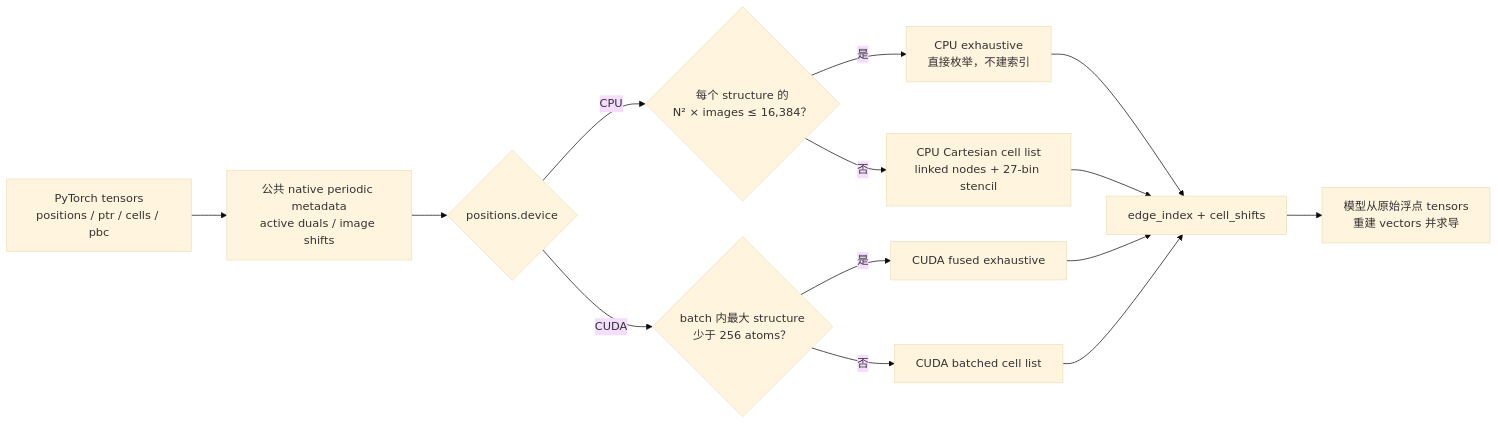
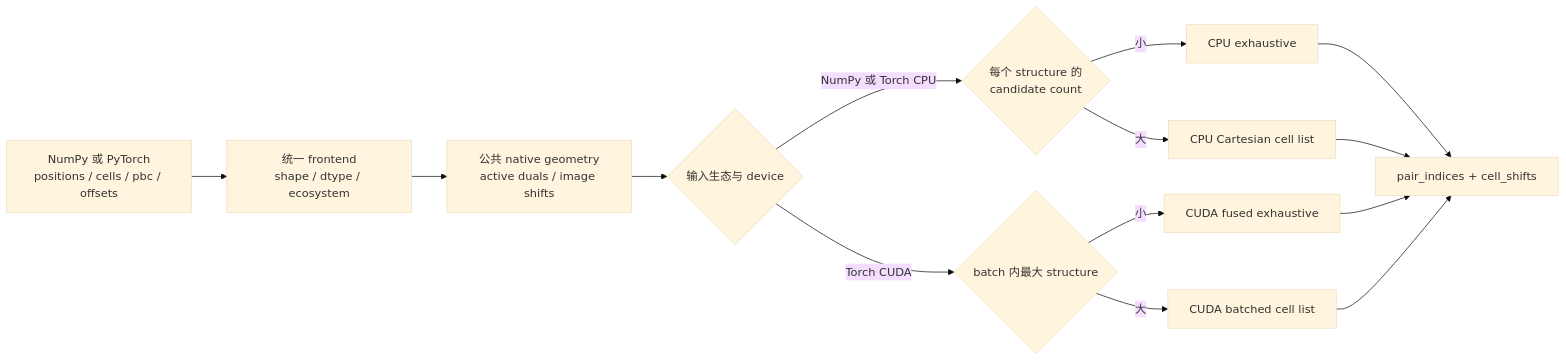
The diagram in docs/algorithm-overview.md (songfeitong/tonari), drawn with Mermaid (base theme) before and after one commit. The commit also changed other lines of this file and 11 other files, not shown here.

````diff
--- a/docs/algorithm-overview.md
+++ b/docs/algorithm-overview.md
@@ -21,16 +19,16 @@
 ```mermaid
 flowchart LR
-    A["PyTorch tensors<br/>positions / ptr / cells / pbc"] --> B["公共 native periodic metadata<br/>active duals / image shifts"]
-    B --> C{"positions.device"}
-    C -- "CPU" --> D{"每个 structure 的<br/>N² × images ≤ 16,384？"}
-    D -- "是" --> E["CPU exhaustive<br/>直接枚举，不建索引"]
-    D -- "否" --> F["CPU Cartesian cell list<br/>linked nodes + 27-bin stencil"]
-    C -- "CUDA" --> G{"batch 内最大 structure<br/>少于 256 atoms？"}
-    G -- "是" --> H["CUDA fused exhaustive"]
-    G -- "否" --> I["CUDA batched cell list"]
-    E --> J["edge_index + cell_shifts"]
-    F --> J
-    H --> J
-    I --> J
-    J --> K["模型从原始浮点 tensors<br/>重建 vectors 并求导"]
+    A["NumPy 或 PyTorch<br/>positions / cells / pbc / offsets"] --> B["统一 frontend<br/>shape / dtype / ecosystem"]
+    B --> C["公共 native geometry<br/>active duals / image shifts"]
+    C --> D{"输入生态与 device"}
+    D -- "NumPy 或 Torch CPU" --> E{"每个 structure 的<br/>candidate count"}
+    E -- "小" --> F["CPU exhaustive"]
+    E -- "大" --> G["CPU Cartesian cell list"]
+    D -- "Torch CUDA" --> H{"batch 内最大 structure"}
+    H -- "小" --> I["CUDA fused exhaustive"]
+    H -- "大" --> J["CUDA batched cell list"]
+    F --> K["pair_indices + cell_shifts"]
+    G --> K
+    I --> K
+    J --> K
 ```
````
